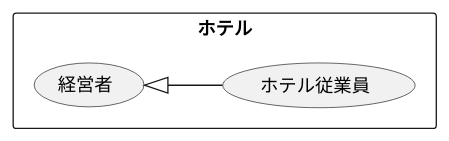
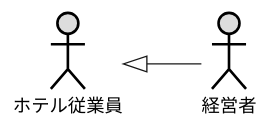
One commit to tyson0723/uml-introduction changed the diagram in 演習2-2_ホテル従業員.pu. Above: the diagram before and after it, drawn with PlantUML. The commit also changed 31 other files, not shown here.

```diff
--- a/演習2-2_ホテル従業員.pu
+++ b/演習2-2_ホテル従業員.pu
@@ -1,8 +1,6 @@
-@startuml 
+@startuml 演習2-2
 left to right direction
-rectangle ホテル {
-usecase 経営者
-usecase ホテル従業員
-}
-経営者 <|-- ホテル従業員
+actor 経営者 #DDDDDD;line:black;line.bold;
+actor ホテル従業員 #DDDDDD;line:black;line.bold;
+ホテル従業員 <|-- 経営者
 @enduml
```
